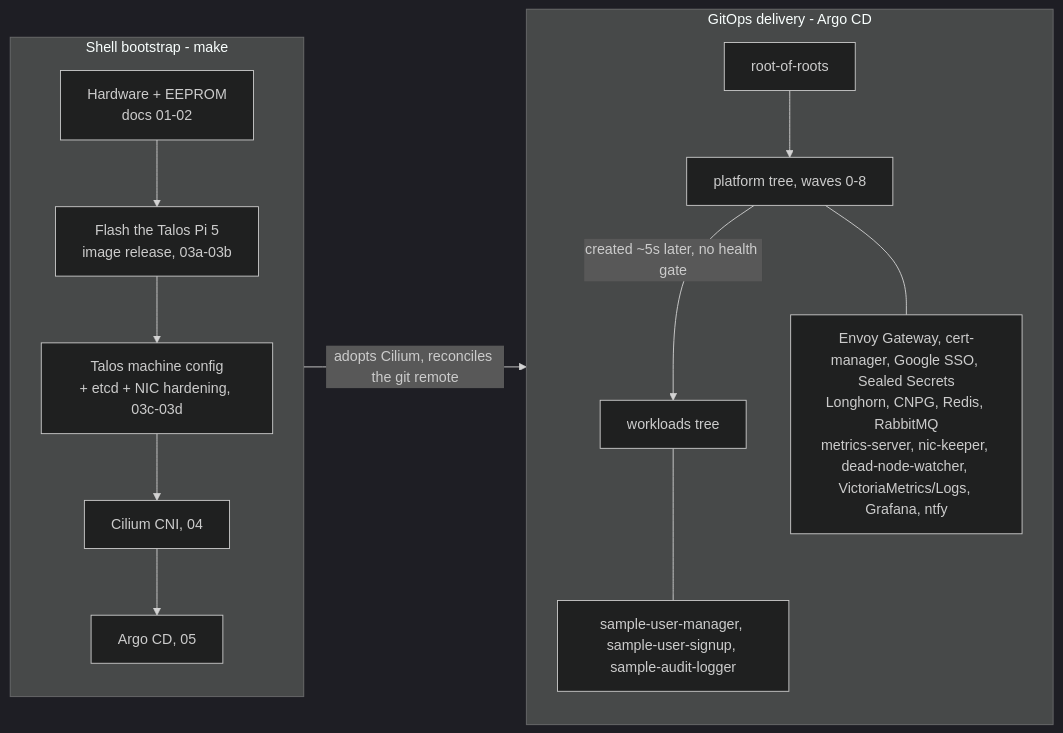
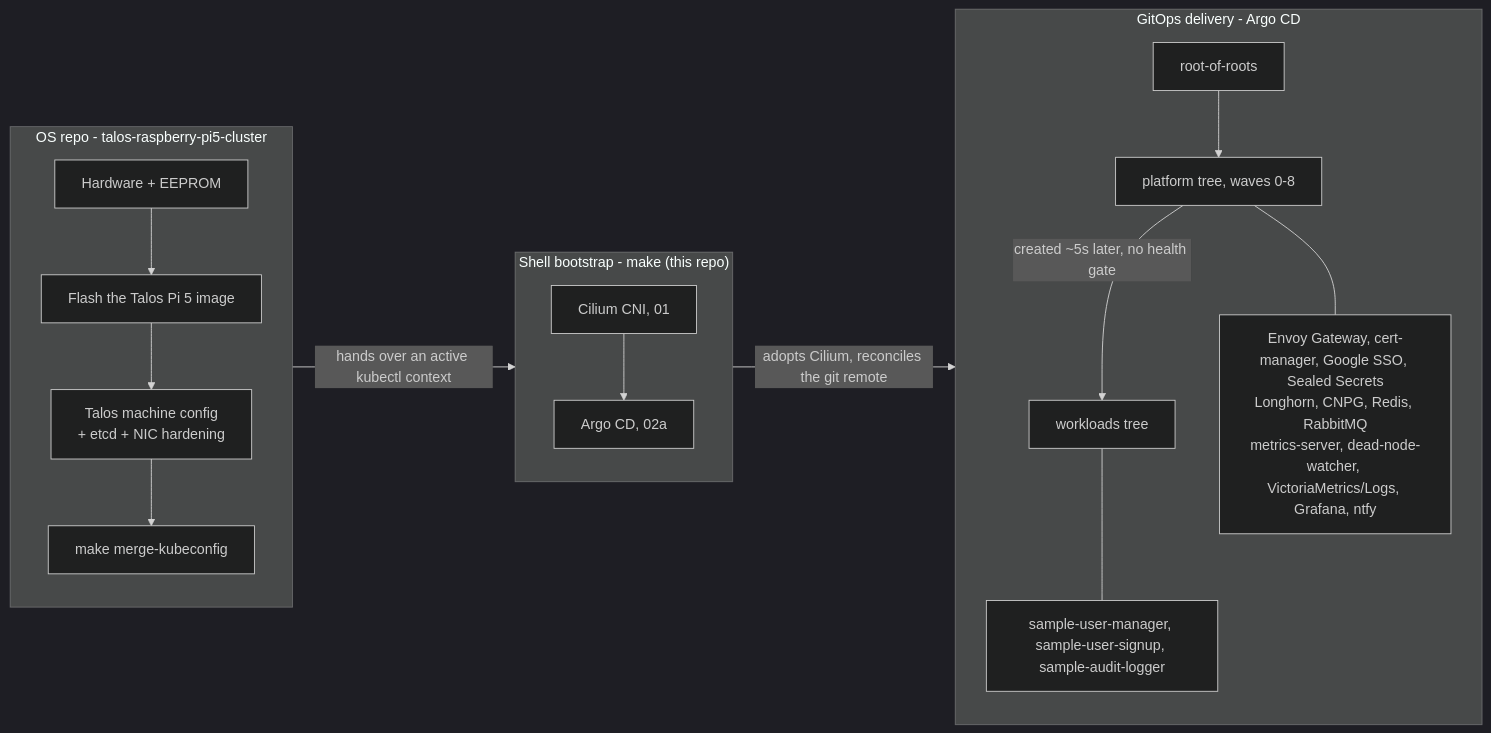
Before and after one commit to yama6a/offgrid: the diagram in README.md, drawn with Mermaid (dark theme). The commit also changed other lines of this file and 42 other files, not shown here.

Commit message:
cleaner decoupling from talos cluste repo

````diff
--- a/README.md
+++ b/README.md
@@ -101,18 +101,22 @@
 ```mermaid
 flowchart LR
-    subgraph imp["Shell bootstrap - make"]
+    subgraph os["OS repo - talos-raspberry-pi5-cluster"]
         direction TB
-        HW["Hardware + EEPROM<br/>docs 01-02"] --> IMG["Flash the Talos Pi 5<br/>image release, 03a-03b"]
-        IMG --> TAL["Talos machine config<br/>+ etcd + NIC hardening, 03c-03d"]
-        TAL --> CIL["Cilium CNI, 04"]
-        CIL --> ARGO["Argo CD, 05"]
+        HW["Hardware + EEPROM"] --> IMG["Flash the Talos Pi 5 image"]
+        IMG --> TAL["Talos machine config<br/>+ etcd + NIC hardening"]
+        TAL --> KC["make merge-kubeconfig"]
+    end
+    KC -->|" hands over an active kubectl context "| CIL
+    subgraph imp["Shell bootstrap - make (this repo)"]
+        direction TB
+        CIL["Cilium CNI, 01"] --> ARGO["Argo CD, 02a"]
     end
     ARGO -->|" adopts Cilium, reconciles the git remote "| ROOT["root-of-roots"]
     subgraph gitops["GitOps delivery - Argo CD"]
         direction TB
         ROOT --> PLAT["platform tree, waves 0-8"]
         PLAT -->|" created ~5s later, no health gate "| WORK["workloads tree"]
-        PLAT --- PC["Envoy Gateway, cert-manager, Google SSO, Sealed Secrets<br/>Longhorn, CNPG, Redis, RabbitMQ<br/>metrics-server, nic-keeper, dead-node-watcher, VictoriaMetrics/Logs, Grafana, ntfy"]
+        PLAT --- PC["Envoy Gateway, cert-manager, Google SSO, Sealed Secrets<br/>Longhorn, CNPG, Redis, RabbitMQ<br/>metrics-server, dead-node-watcher, VictoriaMetrics/Logs, Grafana, ntfy"]
         WORK --- WC["sample-user-manager, sample-user-signup, sample-audit-logger"]
     end
 ```
````
